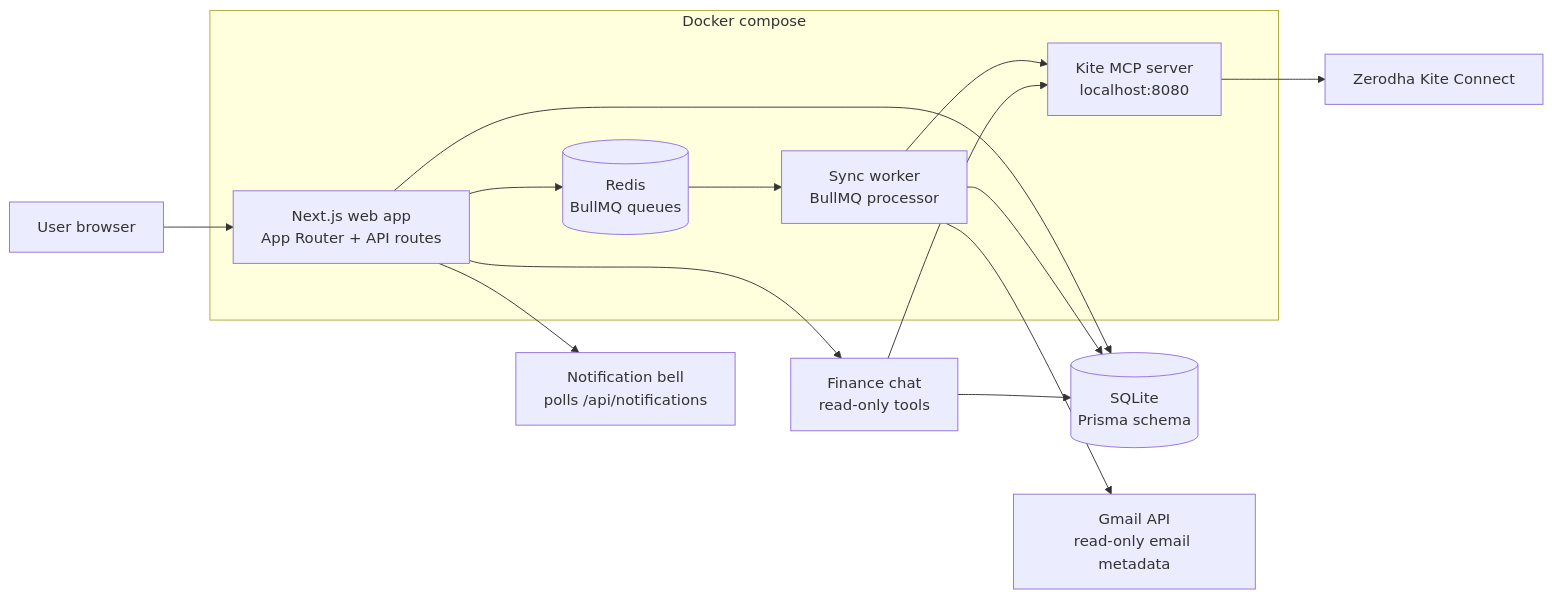
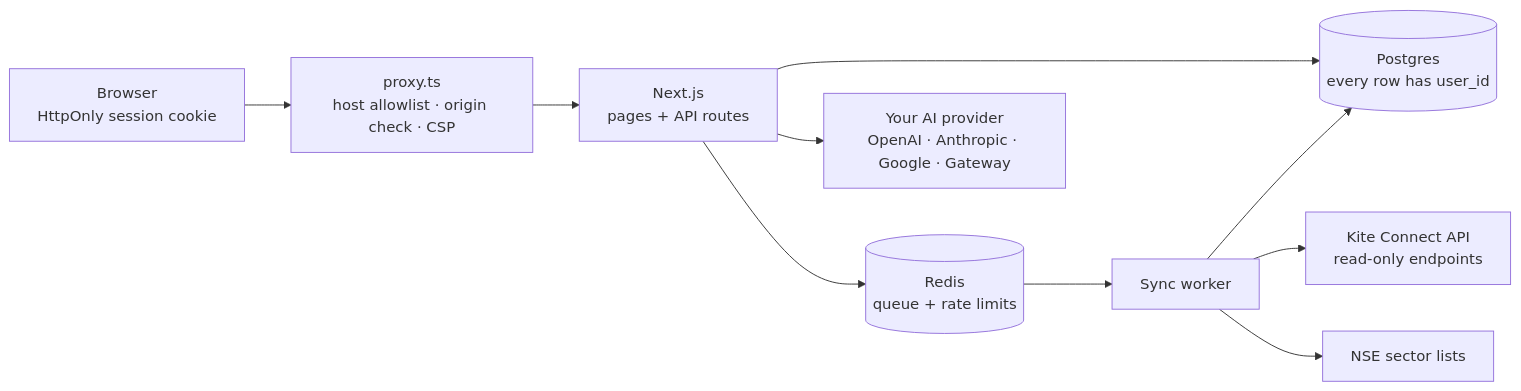
The diagram in README.md (yesabhishek/endurance), drawn with Mermaid before and after one commit. The commit also changed other lines of this file and 149 other files, not shown here.

````diff
--- a/README.md
+++ b/README.md
@@ -81,25 +58,12 @@
 ```mermaid
 flowchart LR
-  User["User browser"] --> Web["Next.js web app<br/>App Router + API routes"]
-
-  Web --> SQLite[("SQLite<br/>Prisma schema")]
-  Web --> Redis[("Redis<br/>BullMQ queues")]
-  Web --> Chat["Finance chat<br/>read-only tools"]
-  Web --> Bell["Notification bell<br/>polls /api/notifications"]
-
-  Redis --> Worker["Sync worker<br/>BullMQ processor"]
-  Worker --> SQLite
-  Worker --> Gmail["Gmail API<br/>read-only email metadata"]
-  Worker --> KiteMCP["Kite MCP server<br/>localhost:8080"]
-  KiteMCP --> Kite["Zerodha Kite Connect"]
-
-  Chat --> SQLite
-  Chat --> KiteMCP
-
-  subgraph "Docker compose"
-    Web
-    Worker
-    Redis
-    KiteMCP
-  end
+  Browser["Browser<br/>HttpOnly session cookie"] --> Proxy["proxy.ts<br/>host allowlist · origin check · CSP"]
+  Proxy --> Web["Next.js<br/>pages + API routes"]
+  Web --> PG[("Postgres<br/>every row has user_id")]
+  Web --> Redis[("Redis<br/>queue + rate limits")]
+  Redis --> Worker["Sync worker"]
+  Worker --> Kite["Kite Connect API<br/>read-only endpoints"]
+  Worker --> NSE["NSE sector lists"]
+  Worker --> PG
+  Web --> AI["Your AI provider<br/>OpenAI · Anthropic · Google · Gateway"]
 ```
````
